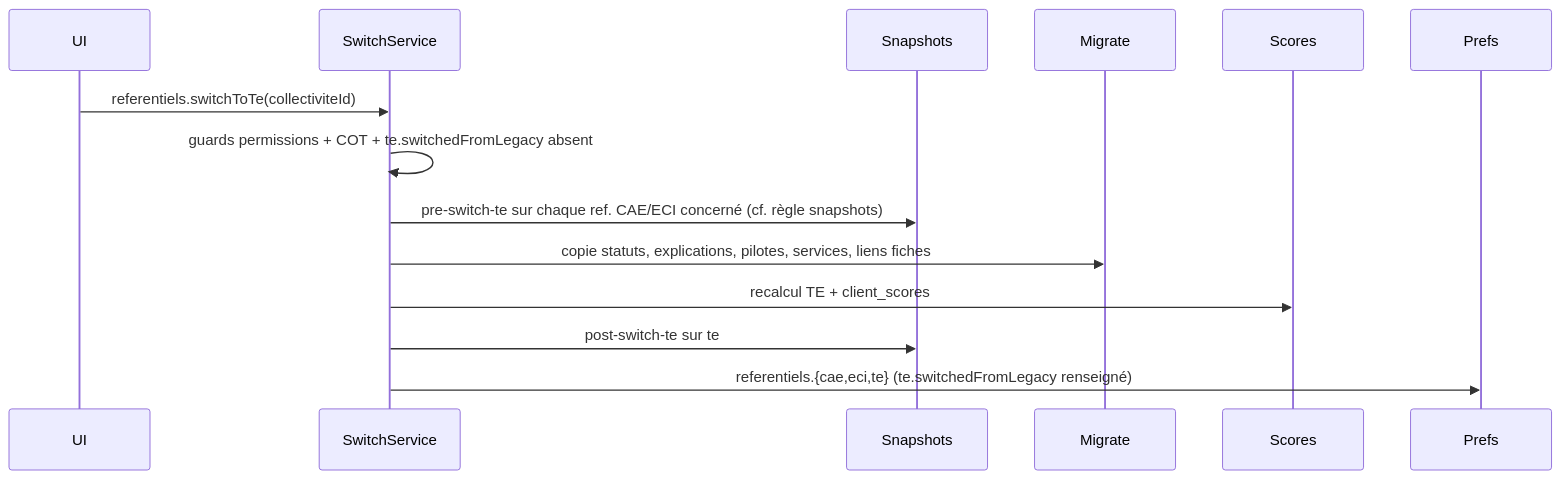
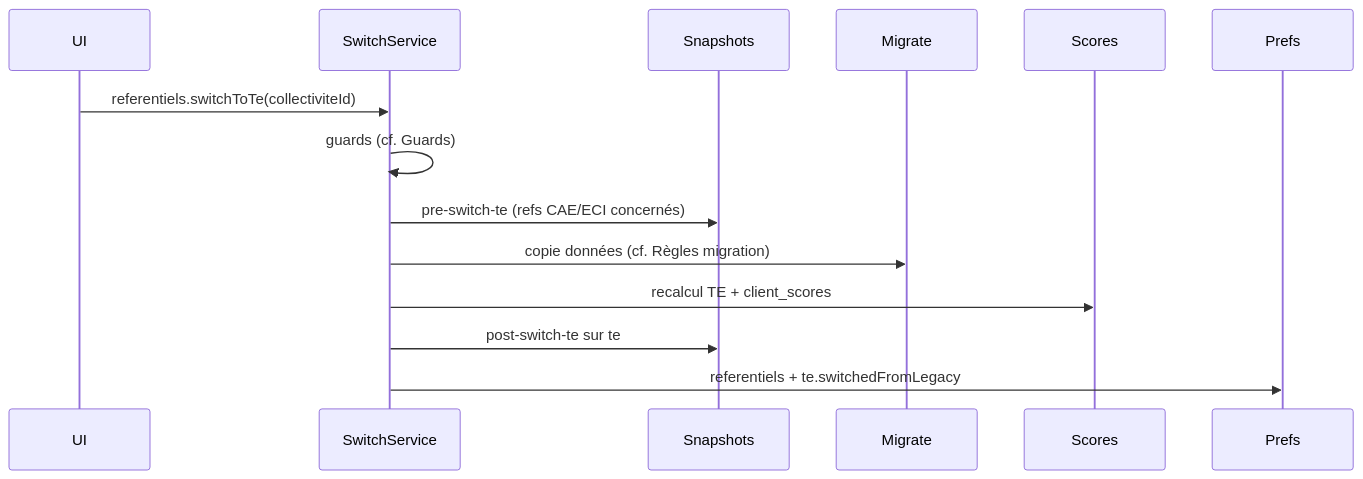
One commit to incubateur-ademe/territoires-en-transitions changed the diagram in doc/plans/2026-06-11-001-feat-bascule-referentiel-te-prd.md. Above: the diagram before and after it, drawn with Mermaid. The commit also changed other lines of this file, not shown here.

````diff
--- a/doc/plans/2026-06-11-001-feat-bascule-referentiel-te-prd.md
+++ b/doc/plans/2026-06-11-001-feat-bascule-referentiel-te-prd.md
@@ -137,17 +158,17 @@
 ```mermaid
 sequenceDiagram
   participant UI
   participant SwitchService
   participant Snapshots
   participant Migrate
   participant Scores
   participant Prefs
 
   UI->>SwitchService: referentiels.switchToTe(collectiviteId)
-  SwitchService->>SwitchService: guards permissions + COT + te.switchedFromLegacy absent
-  SwitchService->>Snapshots: pre-switch-te sur chaque ref. CAE/ECI concerné (cf. règle snapshots)
-  SwitchService->>Migrate: copie statuts, explications, pilotes, services, liens fiches
+  SwitchService->>SwitchService: guards (cf. Guards)
+  SwitchService->>Snapshots: pre-switch-te (refs CAE/ECI concernés)
+  SwitchService->>Migrate: copie données (cf. Règles migration)
   SwitchService->>Scores: recalcul TE + client_scores
   SwitchService->>Snapshots: post-switch-te sur te
-  SwitchService->>Prefs: referentiels.{cae,eci,te} (te.switchedFromLegacy renseigné)
+  SwitchService->>Prefs: referentiels + te.switchedFromLegacy
 ```
````
